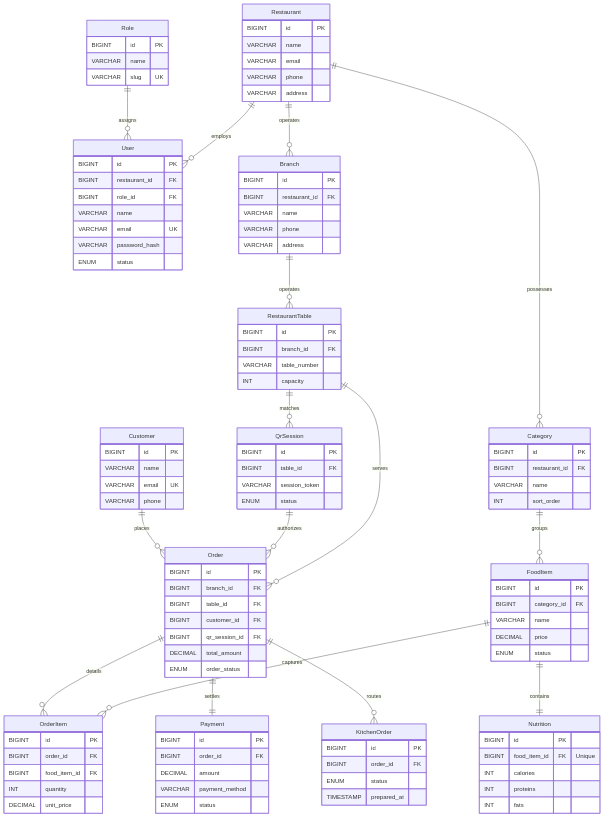
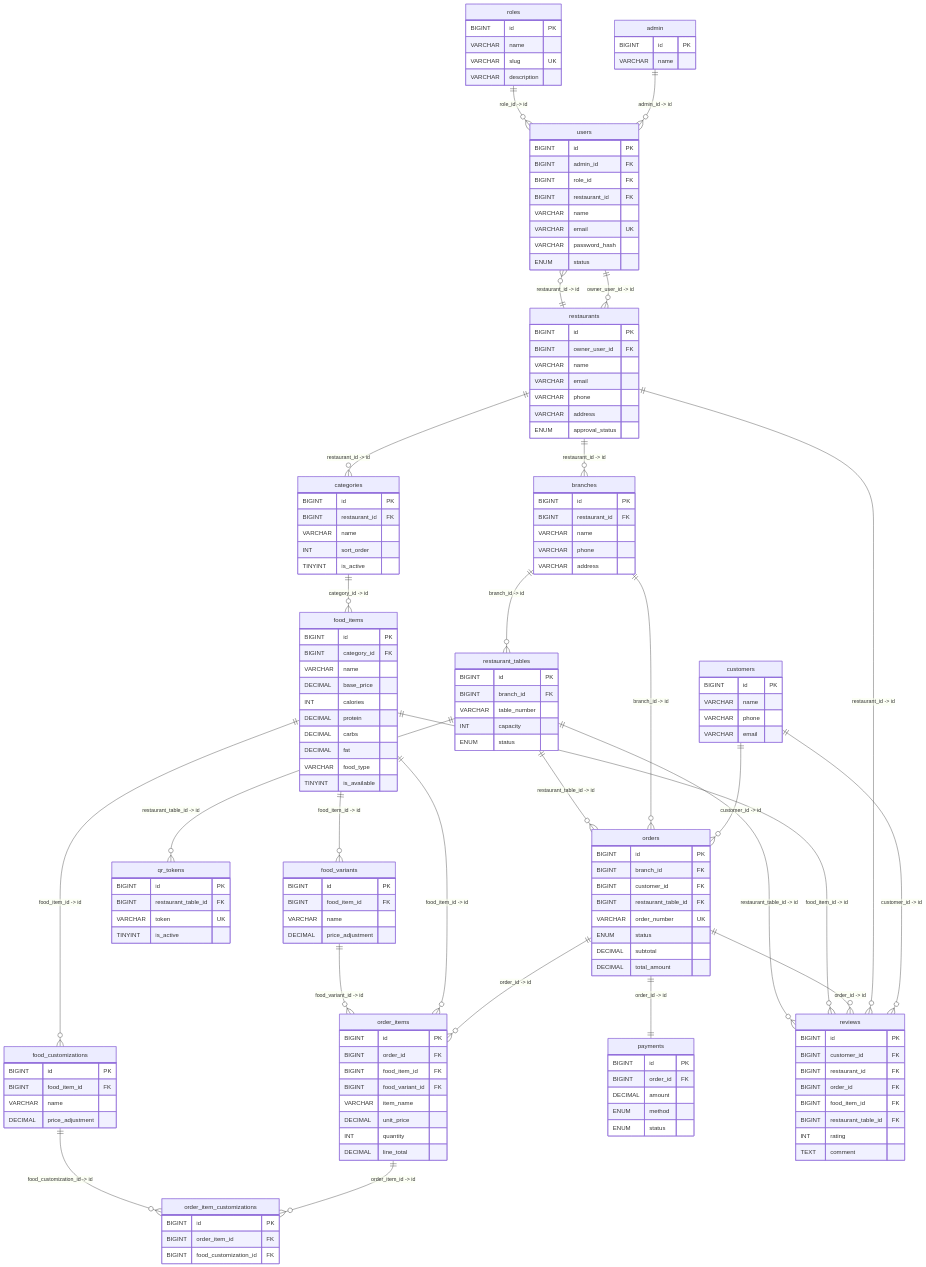
Before and after one commit to gunjandhaduk43-hash/Healthy-Bite: the diagram in docs/ER_DIAGRAM_SIMPLE.md, drawn with Mermaid. The commit also changed other lines of this file and 31 other files, not shown here.

Commit message:
feat: image-centric multi-cuisine digital menu, QR table ordering, and database documentation

````diff
--- a/docs/ER_DIAGRAM_SIMPLE.md
+++ b/docs/ER_DIAGRAM_SIMPLE.md
@@ -11,123 +9,157 @@
 ```mermaid
 erDiagram
-    %% Core Tenant & Users
-    Role ||--o{ User : assigns
-    Restaurant ||--o{ User : employs
-    Restaurant ||--o{ Branch : operates
-    
-    %% Menu Structure
-    Restaurant ||--o{ Category : possesses
-    Category ||--o{ FoodItem : groups
-    FoodItem ||--|| Nutrition : contains
-    
-    %% Seating & Session
-    Branch ||--o{ RestaurantTable : operates
-    RestaurantTable ||--o{ QrSession : matches
-    
-    %% Ordering & Placement
-    Customer ||--o{ Order : places
-    QrSession ||--o{ Order : authorizes
-    RestaurantTable ||--o{ Order : serves
-    Order ||--o{ OrderItem : details
-    FoodItem ||--o{ OrderItem : captures
-    
-    %% Fulfillment & Payment
-    Order ||--|| Payment : settles
-    Order ||--o{ KitchenOrder : routes
+    admin ||--o{ users : "admin_id -> id"
+    roles ||--o{ users : "role_id -> id"
+    restaurants ||--o{ users : "restaurant_id -> id"
+    users ||--o{ restaurants : "owner_user_id -> id"
+    restaurants ||--o{ branches : "restaurant_id -> id"
+    restaurants ||--o{ categories : "restaurant_id -> id"
+    categories ||--o{ food_items : "category_id -> id"
+    food_items ||--o{ food_variants : "food_item_id -> id"
+    food_items ||--o{ food_customizations : "food_item_id -> id"
+    branches ||--o{ restaurant_tables : "branch_id -> id"
+    restaurant_tables ||--o{ qr_tokens : "restaurant_table_id -> id"
+    customers ||--o{ orders : "customer_id -> id"
+    branches ||--o{ orders : "branch_id -> id"
+    restaurant_tables ||--o{ orders : "restaurant_table_id -> id"
+    orders ||--o{ order_items : "order_id -> id"
+    food_items ||--o{ order_items : "food_item_id -> id"
+    food_variants ||--o{ order_items : "food_variant_id -> id"
+    order_items ||--o{ order_item_customizations : "order_item_id -> id"
+    food_customizations ||--o{ order_item_customizations : "food_customization_id -> id"
+    orders ||--|| payments : "order_id -> id"
+    customers ||--o{ reviews : "customer_id -> id"
+    restaurants ||--o{ reviews : "restaurant_id -> id"
+    orders ||--o{ reviews : "order_id -> id"
+    food_items ||--o{ reviews : "food_item_id -> id"
+    restaurant_tables ||--o{ reviews : "restaurant_table_id -> id"
 
-    Role {
+    admin {
+        BIGINT id PK
+        VARCHAR name
+    }
+    roles {
         BIGINT id PK
         VARCHAR name
         VARCHAR slug UK
+        VARCHAR description
     }
-    User {
+    users {
         BIGINT id PK
+        BIGINT admin_id FK
+        BIGINT role_id FK
         BIGINT restaurant_id FK
-        BIGINT role_id FK
         VARCHAR name
         VARCHAR email UK
         VARCHAR password_hash
         ENUM status
     }
-    Restaurant {
+    restaurants {
         BIGINT id PK
+        BIGINT owner_user_id FK
         VARCHAR name
         VARCHAR email
         VARCHAR phone
         VARCHAR address
+        ENUM approval_status
     }
-    Branch {
+    branches {
         BIGINT id PK
         BIGINT restaurant_id FK
         VARCHAR name
         VARCHAR phone
         VARCHAR address
     }
-    Category {
+    categories {
         BIGINT id PK
         BIGINT restaurant_id FK
         VARCHAR name
         INT sort_order
+        TINYINT is_active
     }
-    FoodItem {
+    food_items {
         BIGINT id PK
         BIGINT category_id FK
         VARCHAR name
-        DECIMAL price
-        ENUM status
+        DECIMAL base_price
+        INT calories
+        DECIMAL protein
+        DECIMAL carbs
+        DECIMAL fat
+        VARCHAR food_type
+        TINYINT is_available
     }
-    Nutrition {
+    food_variants {
         BIGINT id PK
-        BIGINT food_item_id FK "Unique"
-        INT calories
-        INT proteins
-        INT fats
+        BIGINT food_item_id FK
+        VARCHAR name
+        DECIMAL price_adjustment
     }
-    RestaurantTable {
+    food_customizations {
+        BIGINT id PK
+        BIGINT food_item_id FK
+        VARCHAR name
+        DECIMAL price_adjustment
+    }
+    restaurant_tables {
         BIGINT id PK
         BIGINT branch_id FK
         VARCHAR table_number
         INT capacity
-    }
-    QrSession {
-        BIGINT id PK
-        BIGINT table_id FK
-        VARCHAR session_token
         ENUM status
     }
-    Customer {
+    qr_tokens {
+        BIGINT id PK
+        BIGINT restaurant_table_id FK
+        VARCHAR token UK
+        TINYINT is_active
+    }
+    customers {
         BIGINT id PK
         VARCHAR name
-        VARCHAR email UK
         VARCHAR phone
+        VARCHAR email
     }
-    Order {
+    orders {
         BIGINT id PK
         BIGINT branch_id FK
-        BIGINT table_id FK
         BIGINT customer_id FK
-        BIGINT qr_session_id FK
+        BIGINT restaurant_table_id FK
+        VARCHAR order_number UK
+        ENUM status
+        DECIMAL subtotal
         DECIMAL total_amount
-        ENUM order_status
     }
-    OrderItem {
+    order_items {
         BIGINT id PK
         BIGINT order_id FK
         BIGINT food_item_id FK
+        BIGINT food_variant_id FK
+        VARCHAR item_name
+        DECIMAL unit_price
         INT quantity
-        DECIMAL unit_price
+        DECIMAL line_total
     }
-    KitchenOrder {
+    order_item_customizations {
         BIGINT id PK
-        BIGINT order_id FK
-        ENUM status
-        TIMESTAMP prepared_at
+        BIGINT order_item_id FK
+        BIGINT food_customization_id FK
     }
-    Payment {
+    payments {
         BIGINT id PK
         BIGINT order_id FK
         DECIMAL amount
-        VARCHAR payment_method
+        ENUM method
         ENUM status
     }
+    reviews {
+        BIGINT id PK
+        BIGINT customer_id FK
+        BIGINT restaurant_id FK
+        BIGINT order_id FK
+        BIGINT food_item_id FK
+        BIGINT restaurant_table_id FK
+        INT rating
+        TEXT comment
+    }
 ```
````
